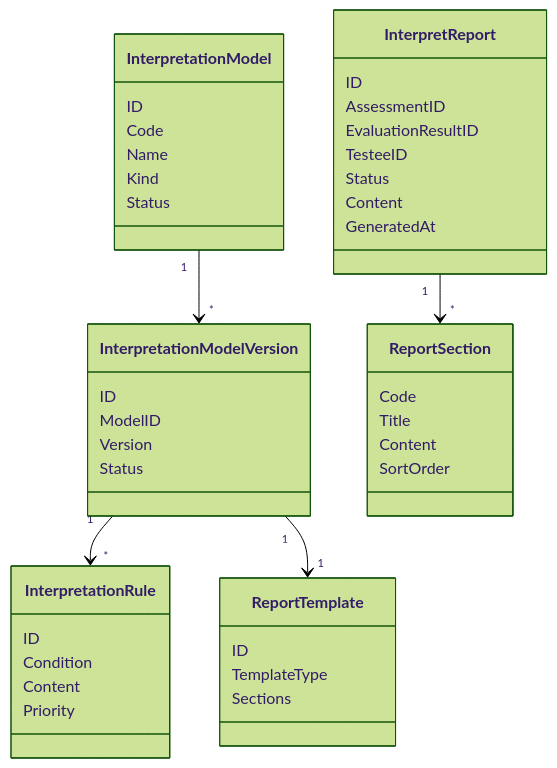
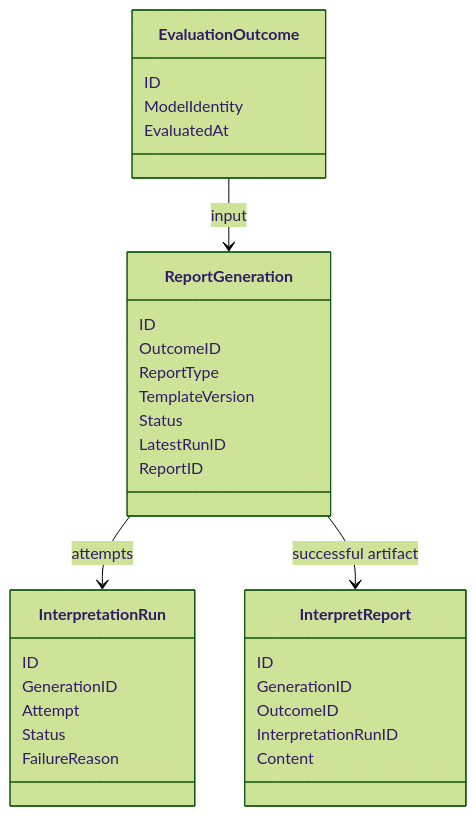
One commit to FangcunMount/qs-server changed the first of 2 diagrams in docs/02-业务模块/40-interpretation/02-领域模型.md. Above: the diagram before and after it, drawn with Mermaid (forest theme). The commit also changed other lines of this file and 17 other files, not shown here.

````diff
--- a/docs/02-业务模块/40-interpretation/02-领域模型.md
+++ b/docs/02-业务模块/40-interpretation/02-领域模型.md
@@ -16,46 +7,34 @@
 ```mermaid
 classDiagram
-    class InterpretationModel {
+    class EvaluationOutcome {
         ID
-        Code
-        Name
-        Kind
+        ModelIdentity
+        EvaluatedAt
+    }
+    class ReportGeneration {
+        ID
+        OutcomeID
+        ReportType
+        TemplateVersion
         Status
+        LatestRunID
+        ReportID
     }
-    class InterpretationModelVersion {
+    class InterpretationRun {
         ID
-        ModelID
-        Version
+        GenerationID
+        Attempt
         Status
-    }
-    class InterpretationRule {
-        ID
-        Condition
-        Content
-        Priority
-    }
-    class ReportTemplate {
-        ID
-        TemplateType
-        Sections
+        FailureReason
     }
     class InterpretReport {
         ID
-        AssessmentID
-        EvaluationResultID
-        TesteeID
-        Status
+        GenerationID
+        OutcomeID
+        InterpretationRunID
         Content
-        GeneratedAt
     }
-    class ReportSection {
-        Code
-        Title
-        Content
-        SortOrder
-    }
-    InterpretationModel "1" --> "*" InterpretationModelVersion
-    InterpretationModelVersion "1" --> "*" InterpretationRule
-    InterpretationModelVersion "1" --> "1" ReportTemplate
-    InterpretReport "1" --> "*" ReportSection
+    EvaluationOutcome --> ReportGeneration : input
+    ReportGeneration --> InterpretationRun : attempts
+    ReportGeneration --> InterpretReport : successful artifact
 ```
````
